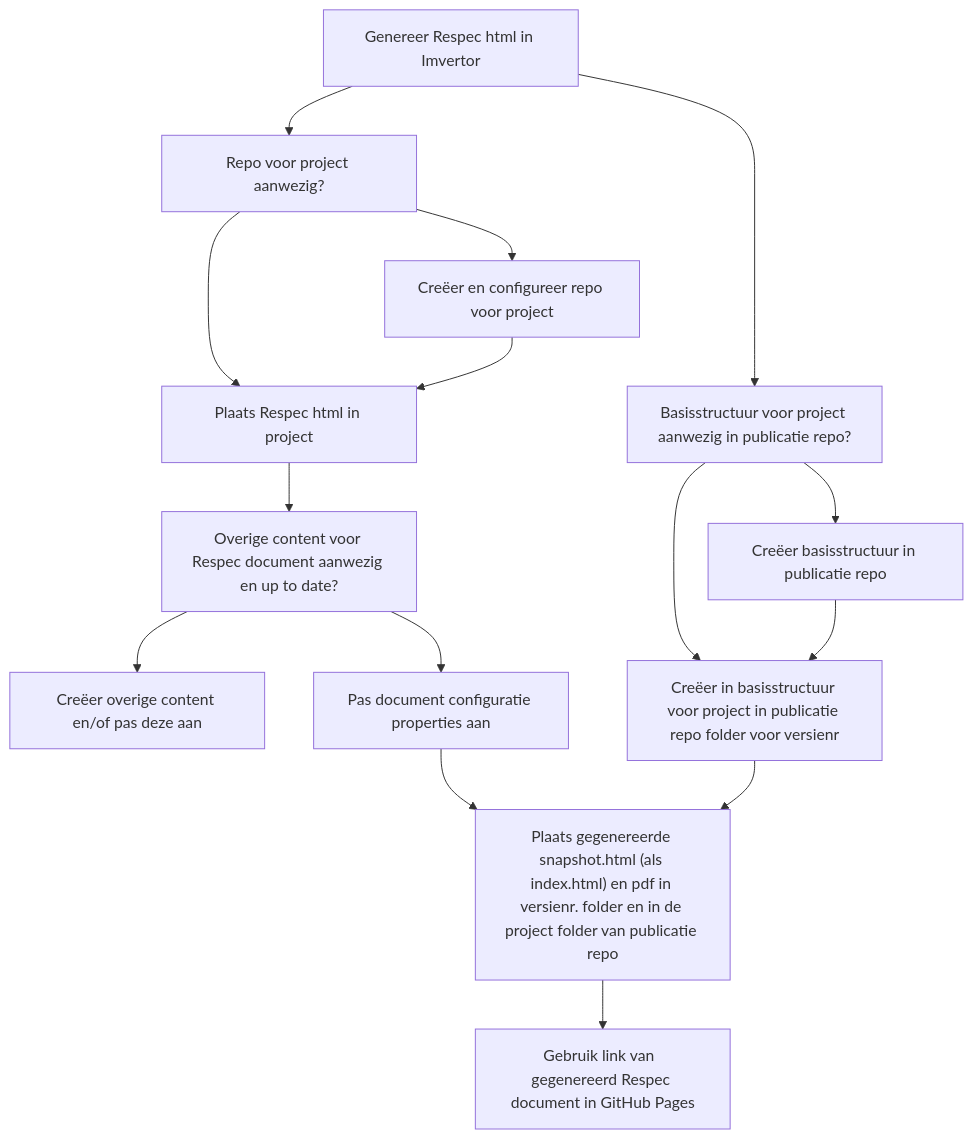
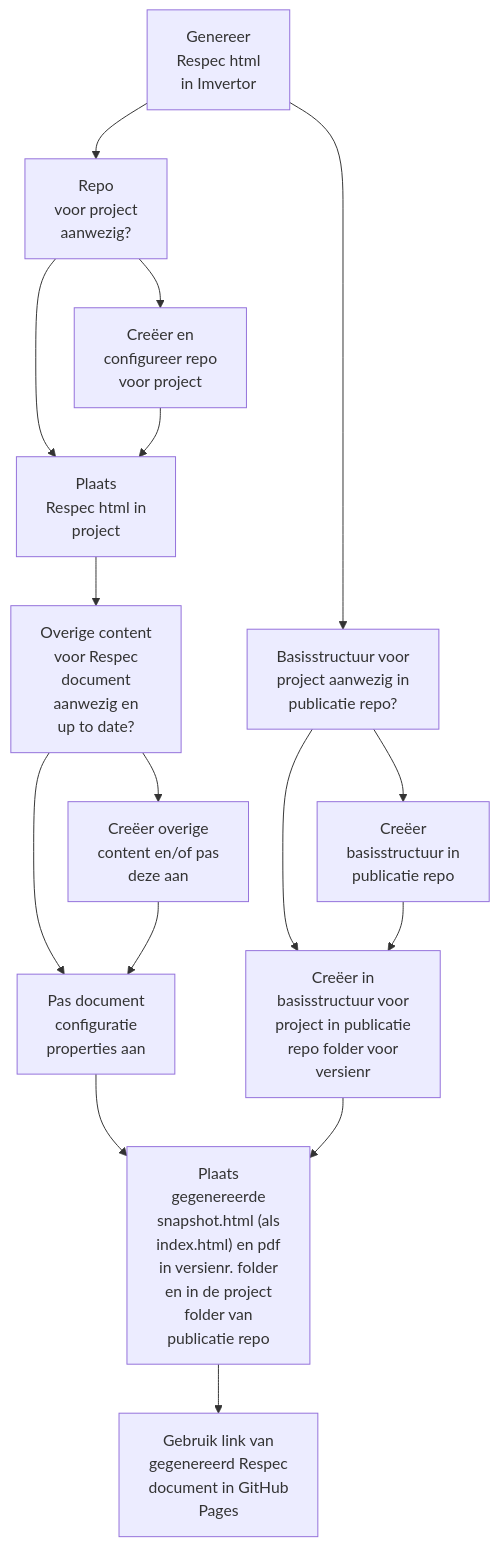
The diagram in mermaid.md (melsk-r/VNG-R-Respec-Template), drawn with Mermaid before and after one commit.

````diff
--- a/mermaid.md
+++ b/mermaid.md
@@ -6,21 +6,98 @@
 ```mermaid
 graph TD;
-    A["`Genereer<br/>
-Respec html<br/>
-in Imvertor`"]-->B["`Repo
+    A["Genereer
+Respec html
+in Imvertor"]-->B["Repo
 voor project
-aanwezig?`"];
-    B["`Repo voor project aanwezig?`"]-->C["`Creëer en configureer repo voor project`"];
-    B["`Repo voor project aanwezig?`"]-->D["`Plaats Respec html in project`"];
-    C["`Creëer en configureer repo voor project`"]-->D["`Plaats Respec html in project`"];
-    D["`Plaats Respec html in project`"]-->E["`Overige content voor Respec document aanwezig en up to date?`"];
-    E["`Overige content voor Respec document aanwezig en up to date?`"]-->F["`Creëer overige content en/of pas deze aan`"];
-    E["`Overige content voor Respec document aanwezig en up to date?`"]-->G["`Pas document configuratie properties aan`"];
-    A["`Genereer Respec html in Imvertor`"]-->H["`Basisstructuur voor project aanwezig in publicatie repo?`"];
-    H["`Basisstructuur voor project aanwezig in publicatie repo?`"]-->I["`Creëer basisstructuur in publicatie repo`"];
-    H["`Basisstructuur voor project aanwezig in publicatie repo?`"]-->J["`Creëer in basisstructuur voor project in publicatie repo folder voor versienr`"];
-    I["`Creëer basisstructuur in publicatie repo`"]-->J["`Creëer in basisstructuur voor project in publicatie repo folder voor versienr`"];
-    G["`Pas document configuratie properties aan`"]-->K["`Plaats gegenereerde snapshot.html (als index.html) en pdf in versienr. folder en in de project folder van publicatie repo`"];
-    J["`Creëer in basisstructuur voor project in publicatie repo folder voor versienr`"]-->K["`Plaats gegenereerde snapshot.html (als index.html) en pdf in versienr. folder en in de project folder van publicatie repo`"];
-    K["`Plaats gegenereerde snapshot.html (als index.html) en pdf in versienr. folder en in de project folder van publicatie repo`"]-->L["`Gebruik link van  gegenereerd Respec document in GitHub Pages`"];
+aanwezig?"];
+    B["Repo
+voor project
+aanwezig?"]-->C["Creëer en
+configureer repo
+voor project"];
+    B["Repo
+voor project
+aanwezig?"]-->D["Plaats Respec html in project"];
+    C["Creëer en
+configureer repo
+voor project"]-->D["Plaats Respec html in project"];
+    D["Plaats
+Respec html in
+project"]-->E["Overige content voor Respec document aanwezig en up to date?"];
+    E["Overige content
+voor Respec
+document
+aanwezig en
+up to date?"]-->F["Creëer overige
+content en/of pas
+deze aan"];
+    E["Overige content
+voor Respec
+document
+aanwezig en
+up to date?"]-->G["Pas document
+configuratie
+properties aan"];
+F["Creëer overige
+content en/of pas
+deze aan"]-->G["Pas document
+configuratie
+properties aan"];
+    A["Genereer
+Respec html
+in Imvertor"]-->H["Basisstructuur voor
+project aanwezig in
+publicatie repo?"];
+    H["Basisstructuur voor
+project aanwezig in
+publicatie repo?"]-->I["Creëer
+basisstructuur in
+publicatie repo"];
+    H["Basisstructuur voor
+project aanwezig in
+publicatie repo?"]-->J["Creëer in
+basisstructuur voor
+project in publicatie
+repo folder voor
+versienr"];
+    I["Creëer
+basisstructuur in
+publicatie repo"]-->J["Creëer in
+basisstructuur voor
+project in publicatie
+repo folder voor
+versienr"];
+    G["Pas document
+configuratie
+properties aan"]-->K["Plaats
+gegenereerde
+snapshot.html (als
+index.html) en pdf
+in versienr. folder
+en in de project
+folder van
+publicatie repo"];
+    J["Creëer in
+basisstructuur voor
+project in publicatie
+repo folder voor
+versienr"]-->K["Plaats
+gegenereerde
+snapshot.html (als
+index.html) en pdf
+in versienr. folder
+en in de project
+folder van
+publicatie repo"];
+    K["Plaats
+gegenereerde
+snapshot.html (als
+index.html) en pdf
+in versienr. folder
+en in de project
+folder van
+publicatie repo"]-->L["Gebruik link van
+gegenereerd Respec
+document in GitHub
+Pages"];
 ```
````
